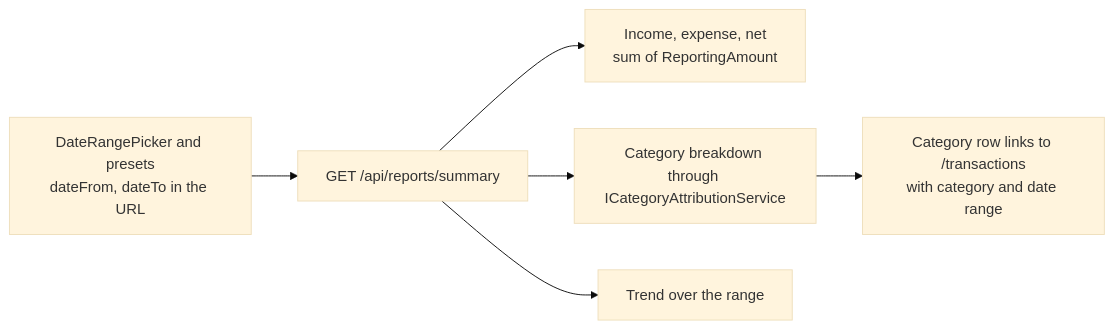
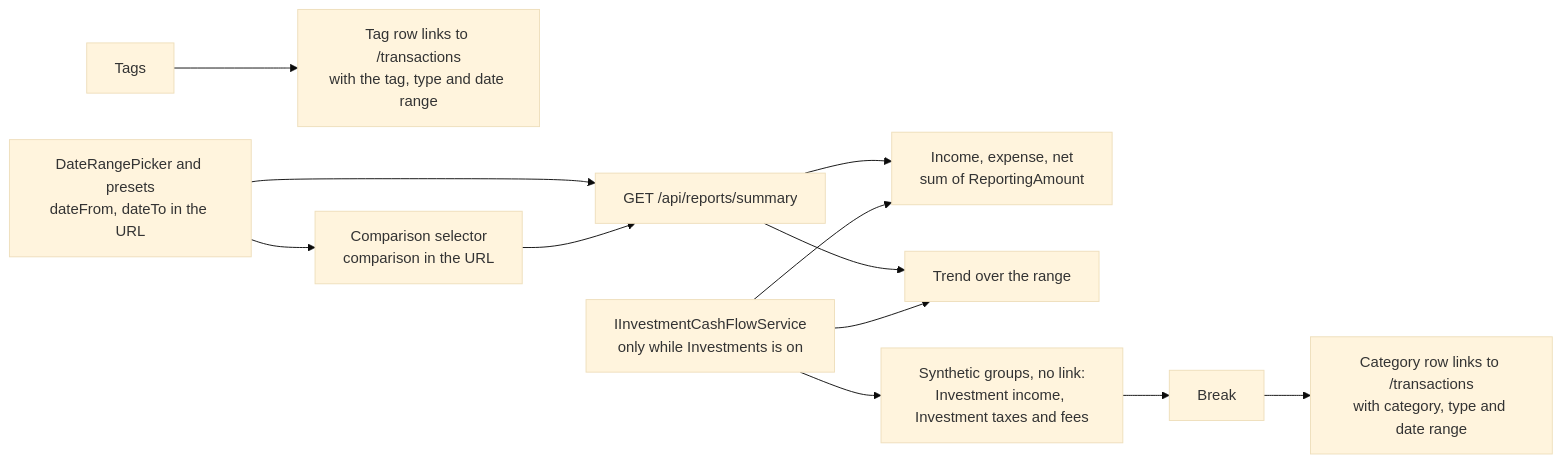
The diagram in docs/features/18. Reports.md (Justxs/Jx-Finance), drawn with Mermaid (base theme) before and after one commit. The commit also changed other lines of this file and 31 other files, not shown here.

First line of the commit message:
feat(reports): count investment income and costs in reports and the dashboard

````diff
--- a/docs/features/18. Reports.md
+++ b/docs/features/18. Reports.md
@@ -7,8 +7,14 @@
 ```mermaid
 flowchart LR
     Range["DateRangePicker and presets<br/>dateFrom, dateTo in the URL"] --> Api["GET /api/reports/summary"]
     Api --> Totals["Income, expense, net<br/>sum of ReportingAmount"]
-    Api --> Break["Category breakdown through ICategoryAttributionService"]
     Api --> Trend["Trend over the range"]
-    Break --> Drill["Category row links to /transactions<br/>with category and date range"]
+    Break --> Drill["Category row links to /transactions<br/>with category, type and date range"]
+    Tags --> TagDrill["Tag row links to /transactions<br/>with the tag, type and date range"]
+    Inv["IInvestmentCashFlowService<br/>only while Investments is on"] --> Totals
+    Inv --> Trend
+    Inv --> Groups["Synthetic groups, no link:<br/>Investment income, Investment taxes and fees"]
+    Groups --> Break
+    Range --> Compare["Comparison selector<br/>comparison in the URL"]
+    Compare --> Api
 ```
````
